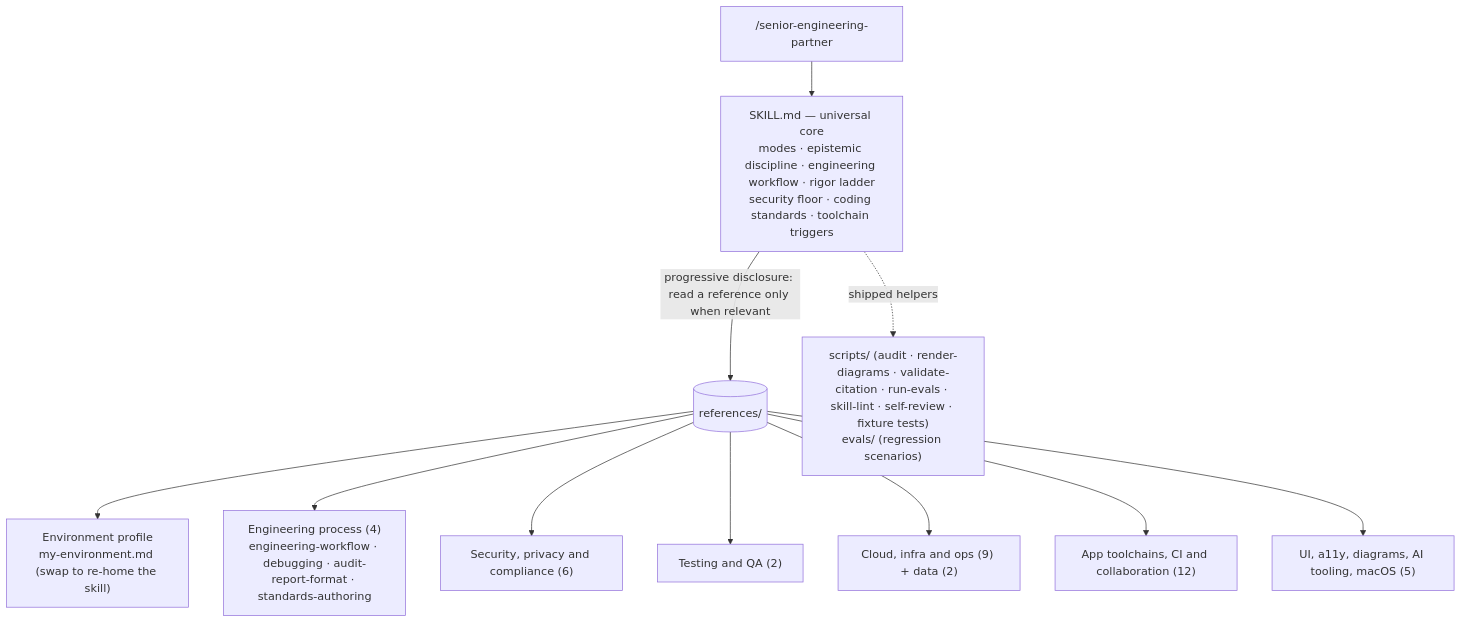
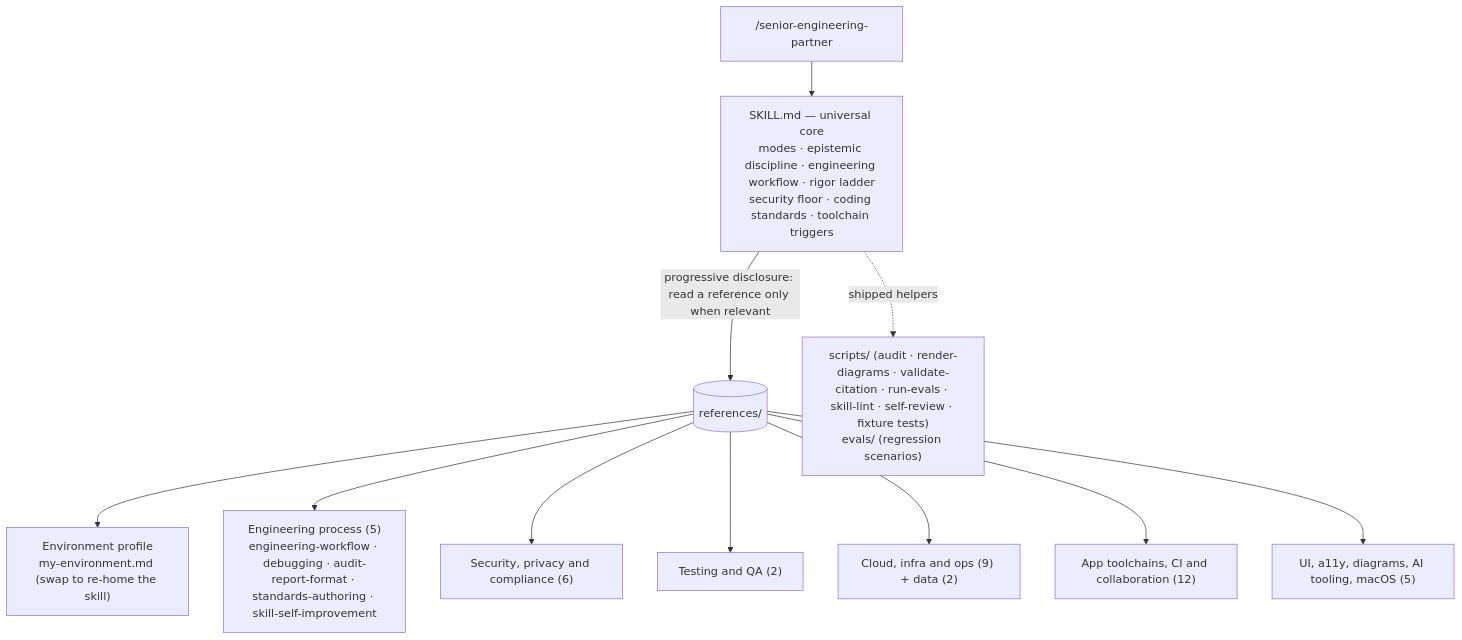
One commit to bjgreenberg/senior-engineering-partner changed the first of 3 diagrams in README.md. Above: the diagram before and after it, drawn with Mermaid. The commit also changed other lines of this file and 3 other files, not shown here.

Commit message:
refactor(skill): move self-improvement mechanics to a deep reference (#98)

````diff
--- a/README.md
+++ b/README.md
@@ -102,14 +102,14 @@
 ```mermaid
 flowchart TD
     U["/senior-engineering-partner"] --> C
     C["SKILL.md — universal core<br/>modes · epistemic discipline · engineering workflow · rigor ladder<br/>security floor · coding standards · toolchain triggers"]
     C -->|"progressive disclosure: read a reference only when relevant"| R[(references/)]
     C -.->|"shipped helpers"| K["scripts/ (audit · render-diagrams · validate-citation · run-evals · skill-lint · self-review · fixture tests)<br/>evals/ (regression scenarios)"]
     R --> P["Environment profile<br/>my-environment.md (swap to re-home the skill)"]
-    R --> W["Engineering process (4)<br/>engineering-workflow · debugging · audit-report-format · standards-authoring"]
+    R --> W["Engineering process (5)<br/>engineering-workflow · debugging · audit-report-format · standards-authoring · skill-self-improvement"]
     R --> S["Security, privacy and compliance (6)"]
     R --> T["Testing and QA (2)"]
     R --> I["Cloud, infra and ops (9) + data (2)"]
     R --> A["App toolchains, CI and collaboration (12)"]
     R --> X["UI, a11y, diagrams, AI tooling, macOS (5)"]
 ```
````
